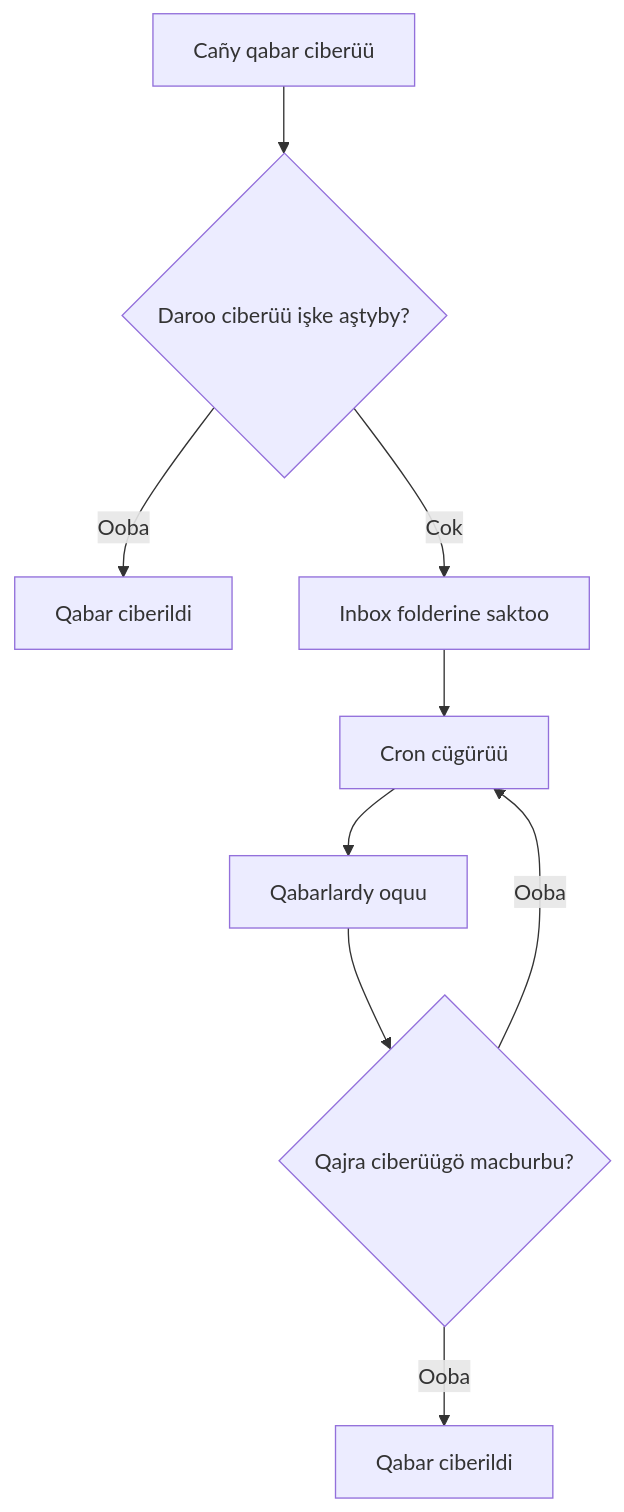
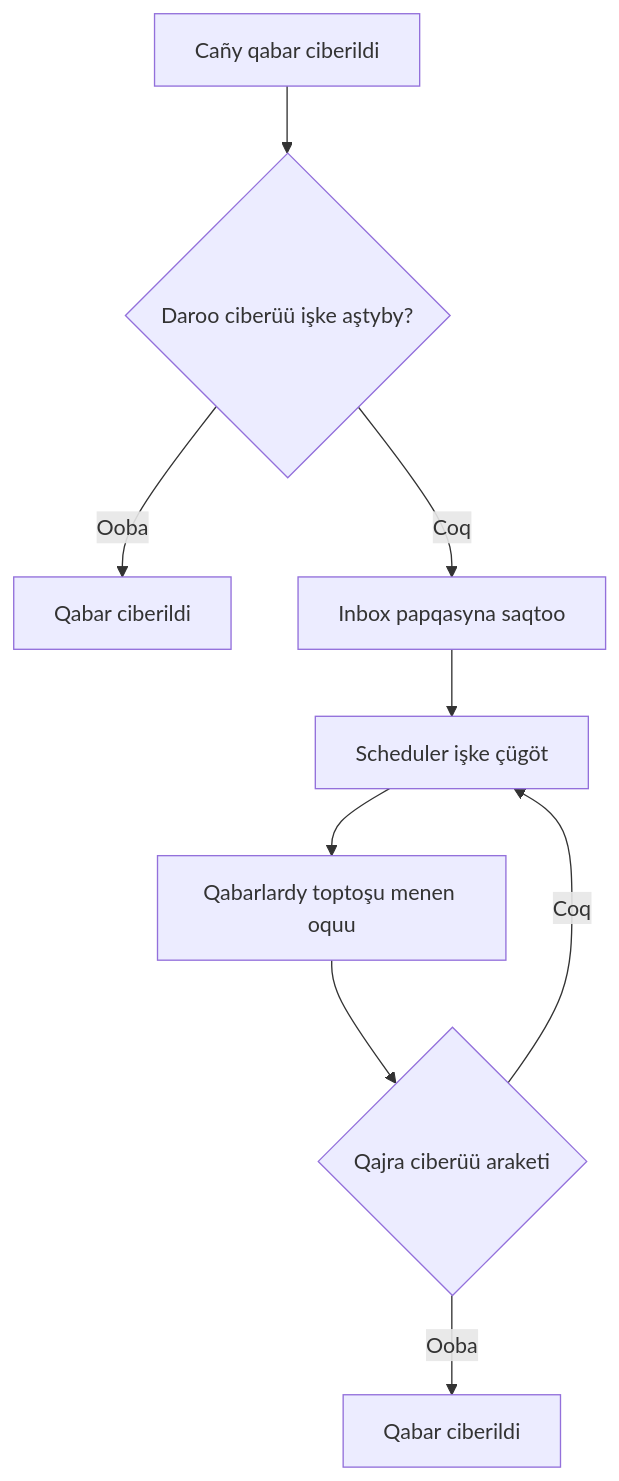
Before and after one commit to sultaniman/kpow: the second of 2 diagrams in docs/qy/developer-guide.md, drawn with Mermaid. The commit also changed other lines of this file and 17 other files, not shown here.

````diff
--- a/docs/qy/developer-guide.md
+++ b/docs/qy/developer-guide.md
@@ -84,11 +100,11 @@
 ```mermaid
 flowchart TD
-    A[Cañy qabar ciberüü] --> B{Daroo ciberüü işke aştyby?}
+    A[Cañy qabar ciberildi] --> B{Daroo ciberüü işke aştyby?}
     B -- Ooba --> C[Qabar ciberildi]
-    B -- Cok --> D[Inbox folderine saktoo]
-    D --> E[Cron cügürüü]
-    E --> F[Qabarlardy oquu]
-    F --> G{Qajra ciberüügö macburbu?}
+    B -- Coq --> D[Inbox papqasyna saqtoo]
+    D --> E[Scheduler işke çügöt]
+    E --> F[Qabarlardy toptoşu menen oquu]
+    F --> G{Qajra ciberüü araketi}
     G -- Ooba --> H[Qabar ciberildi]
-    G -- Ooba --> E
+    G -- Coq --> E
 ```
````
